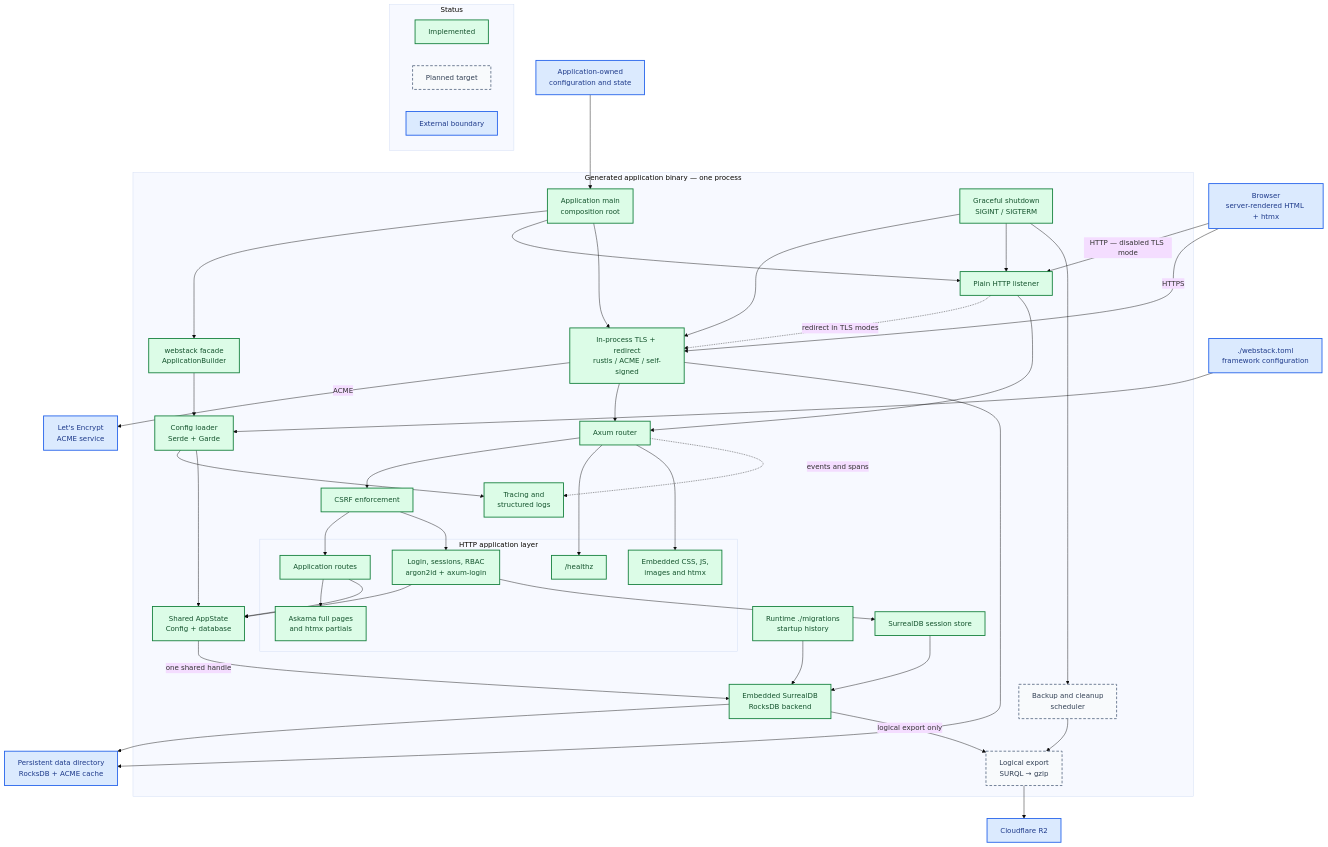
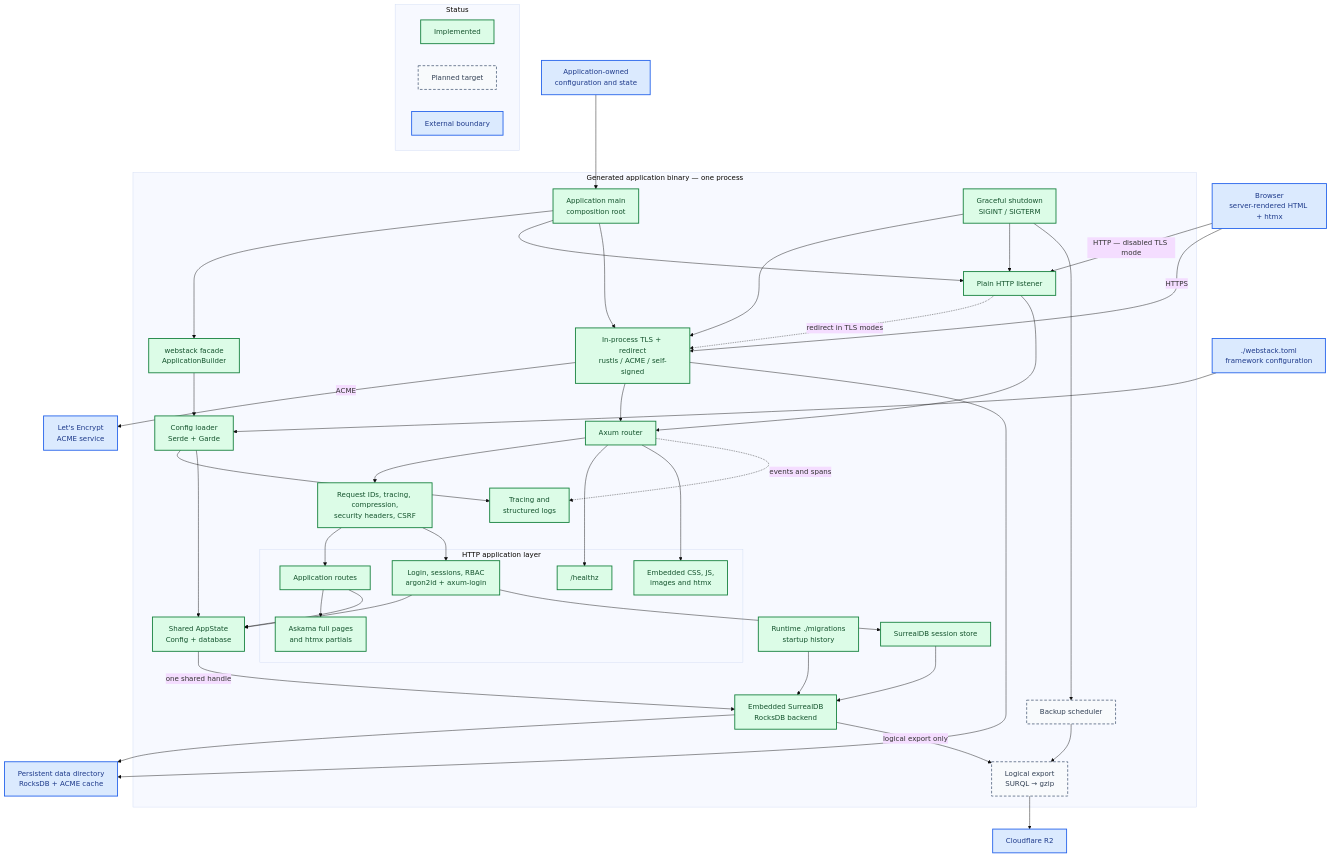
Before and after one commit to bwks/webstack: the diagram in docs/architecture.md, drawn with Mermaid (base theme). The commit also changed other lines of this file and 25 other files, not shown here.

````diff
--- a/docs/architecture.md
+++ b/docs/architecture.md
@@ -36,79 +36,79 @@
 ```mermaid
 flowchart TB
     subgraph Legend["Status"]
         ImplementedLegend["Implemented"]:::implemented
         PlannedLegend["Planned target"]:::planned
         ExternalLegend["External boundary"]:::external
     end
 
     Browser["Browser<br/>server-rendered HTML + htmx"]:::external
     LetsEncrypt["Let's Encrypt<br/>ACME service"]:::external
     R2["Cloudflare R2"]:::external
     WebstackConfig["./webstack.toml<br/>framework configuration"]:::external
     AppConfig["Application-owned<br/>configuration and state"]:::external
     DataDir["Persistent data directory<br/>RocksDB + ACME cache"]:::external
 
     subgraph Binary["Generated application binary — one process"]
         Main["Application main<br/>composition root"]:::implemented
         Facade["webstack facade<br/>ApplicationBuilder"]:::implemented
         Config["Config loader<br/>Serde + Garde"]:::implemented
         Observability["Tracing and<br/>structured logs"]:::implemented
         Shutdown["Graceful shutdown<br/>SIGINT / SIGTERM"]:::implemented
 
         PlainHttp["Plain HTTP listener"]:::implemented
         Tls["In-process TLS + redirect<br/>rustls / ACME / self-signed"]:::implemented
         Router["Axum router"]:::implemented
-        Middleware["CSRF enforcement"]:::implemented
+        Middleware["Request IDs, tracing, compression,<br/>security headers, CSRF"]:::implemented
 
         subgraph Http["HTTP application layer"]
             Health["/healthz"]:::implemented
             AppRoutes["Application routes"]:::implemented
             Auth["Login, sessions, RBAC<br/>argon2id + axum-login"]:::implemented
             Views["Askama full pages<br/>and htmx partials"]:::implemented
             Assets["Embedded CSS, JS,<br/>images and htmx"]:::implemented
         end
 
         State["Shared AppState<br/>Config + database"]:::implemented
         Database["Embedded SurrealDB<br/>RocksDB backend"]:::implemented
         Migrations["Runtime ./migrations<br/>startup history"]:::implemented
         Sessions["SurrealDB session store"]:::implemented
-        Scheduler["Backup and cleanup<br/>scheduler"]:::planned
+        Scheduler["Backup scheduler"]:::planned
         Export["Logical export<br/>SURQL → gzip"]:::planned
     end
 
     WebstackConfig --> Config
     AppConfig --> Main
     Main --> Facade --> Config
     Config --> Observability
     Config --> State
     Main --> PlainHttp
     Main --> Tls
     Shutdown --> Tls
     Browser -->|HTTP — disabled TLS mode| PlainHttp
     Browser -->|HTTPS| Tls
     PlainHttp -.->|redirect in TLS modes| Tls
     Tls -->|ACME| LetsEncrypt
     PlainHttp --> Router
     Tls --> Router
     Router --> Middleware
     Router --> Health
     Middleware --> AppRoutes
     Middleware --> Auth
     AppRoutes --> Views
     Router --> Assets
     AppRoutes --> State
     Auth --> State
     Auth --> Sessions --> Database
     State -->|one shared handle| Database --> DataDir
     Migrations --> Database
     Tls --> DataDir
     Scheduler --> Export --> R2
     Database -->|logical export only| Export
     Router -.->|events and spans| Observability
     Shutdown --> PlainHttp
     Shutdown --> Scheduler
 
     classDef implemented fill:#dcfce7,stroke:#15803d,stroke-width:2px,color:#14532d
     classDef planned fill:#f8fafc,stroke:#64748b,stroke-width:2px,stroke-dasharray:6 4,color:#334155
     classDef external fill:#dbeafe,stroke:#2563eb,stroke-width:2px,color:#1e3a8a
 ```
````
